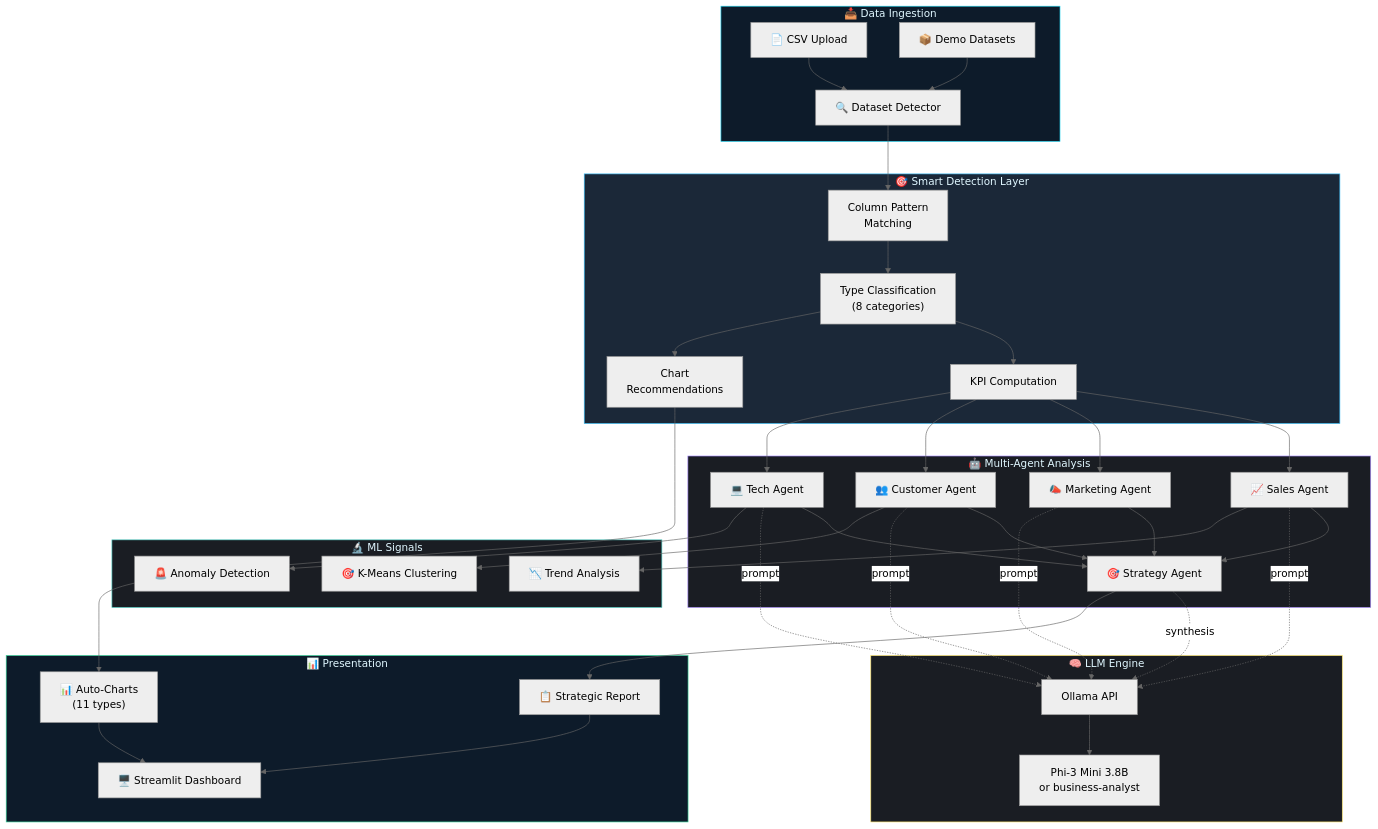
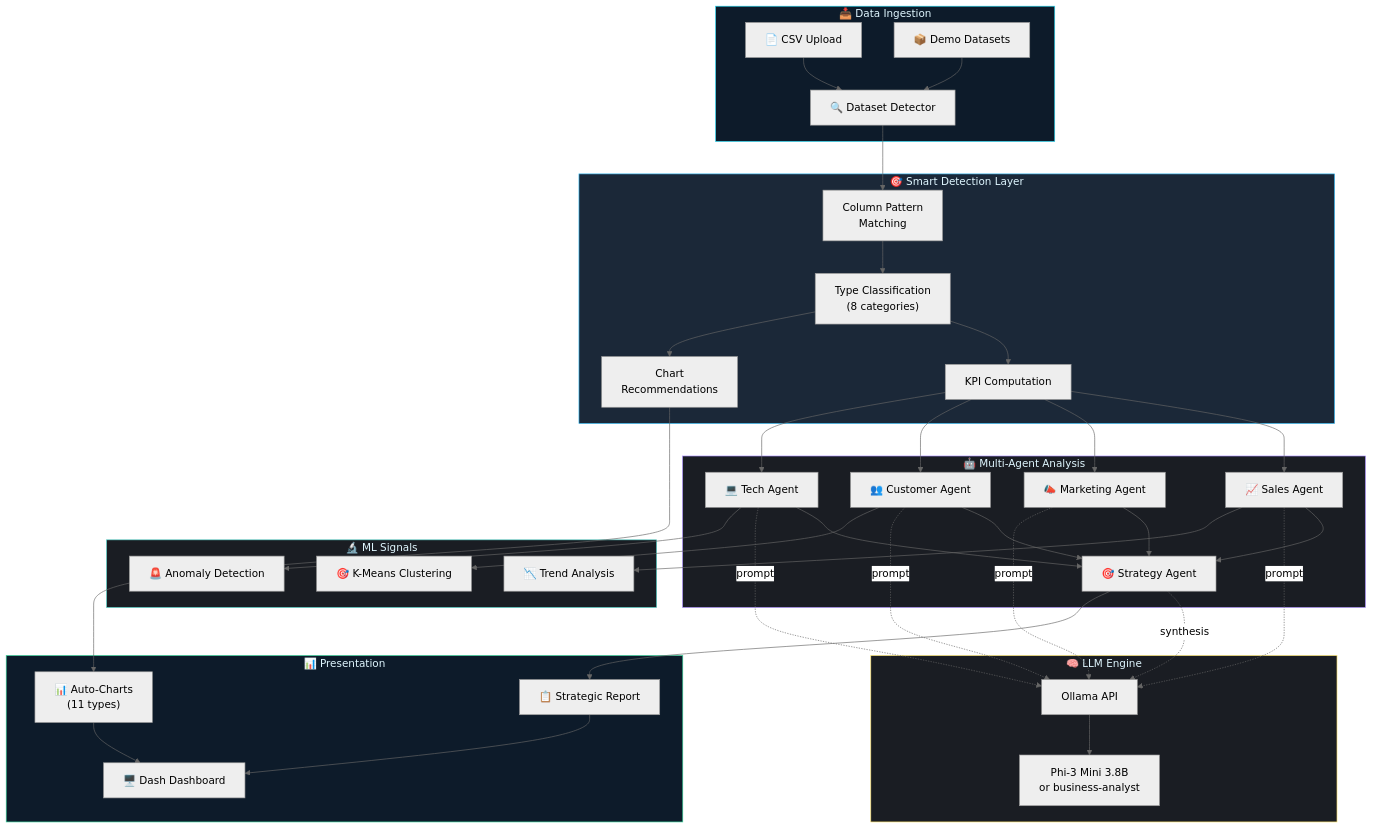
Before and after one commit to HeshamXOR/BuisnessBI: the first of 6 diagrams in README.md, drawn with Mermaid (neutral theme). The commit also changed other lines of this file and 2 other files, not shown here.

Commit message:
Update README for Dash workflow and remove obsolete Streamlit config

````diff
--- a/README.md
+++ b/README.md
@@ -64,54 +64,54 @@
 ```mermaid
 flowchart TB
     subgraph INPUT ["📥 Data Ingestion"]
         A1["📄 CSV Upload"] --> B["🔍 Dataset Detector"]
         A2["📦 Demo Datasets"] --> B
     end
 
     subgraph DETECTION ["🎯 Smart Detection Layer"]
         B --> B1["Column Pattern<br/>Matching"]
         B1 --> B2["Type Classification<br/>(8 categories)"]
         B2 --> B3["KPI Computation"]
         B2 --> B4["Chart<br/>Recommendations"]
     end
 
     subgraph AGENTS ["🤖 Multi-Agent Analysis"]
         B3 --> C1["📈 Sales Agent"]
         B3 --> C2["📣 Marketing Agent"]
         B3 --> C3["👥 Customer Agent"]
         B3 --> C4["💻 Tech Agent"]
         C1 --> D["🎯 Strategy Agent"]
         C2 --> D
         C3 --> D
         C4 --> D
     end
 
     subgraph LLM_LAYER ["🧠 LLM Engine"]
         C1 -. "prompt" .-> G["Ollama API"]
         C2 -. "prompt" .-> G
         C3 -. "prompt" .-> G
         C4 -. "prompt" .-> G
         D  -. "synthesis" .-> G
         G --> H["Phi-3 Mini 3.8B<br/>or business-analyst"]
     end
 
     subgraph ML ["🔬 ML Signals"]
         C1 --> L["📉 Trend Analysis"]
         C3 --> J["🎯 K-Means Clustering"]
         C4 --> K["🚨 Anomaly Detection"]
     end
 
     subgraph OUTPUT ["📊 Presentation"]
         D --> E["📋 Strategic Report"]
         B4 --> F["📊 Auto-Charts<br/>(11 types)"]
-        E --> UI["🖥️ Streamlit Dashboard"]
+        E --> UI["🖥️ Dash Dashboard"]
         F --> UI
     end
 
     style INPUT fill:#0d1b2a,stroke:#22d3ee,color:#e0f7ff
     style DETECTION fill:#1b2838,stroke:#38bdf8,color:#e0f7ff
     style AGENTS fill:#1a1d23,stroke:#a78bfa,color:#e0f7ff
     style LLM_LAYER fill:#1a1d23,stroke:#ffe66d,color:#e0f7ff
     style ML fill:#1a1d23,stroke:#4ecdc4,color:#e0f7ff
     style OUTPUT fill:#0d1b2a,stroke:#34d399,color:#e0f7ff
 ```
````
